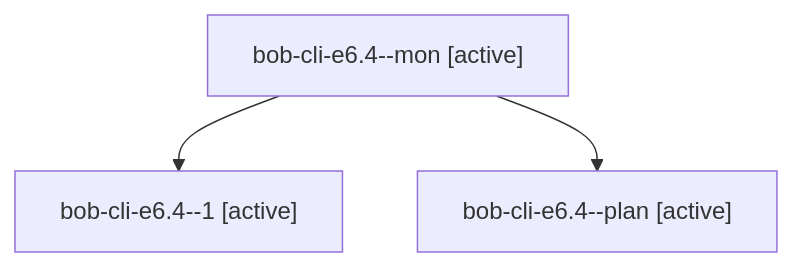
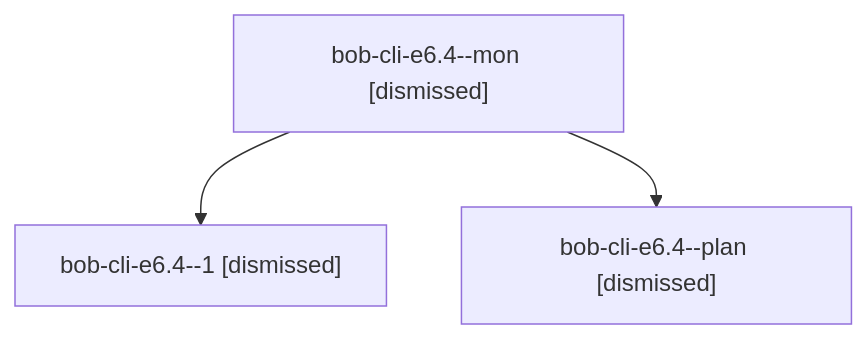
The diagram in sessions/bbugyi200.apollo.bob-cli-e6.4.md (bobs-org/bob-cli--agents), drawn with Mermaid before and after one commit. The commit also changed other lines of this file and 212 other files, not shown here.

````diff
--- a/sessions/bbugyi200.apollo.bob-cli-e6.4.md
+++ b/sessions/bbugyi200.apollo.bob-cli-e6.4.md
@@ -9,8 +9,8 @@
 ```mermaid
 flowchart TD
-  n0["bob-cli-e6.4--mon [active]"]
-  n1["bob-cli-e6.4--1 [active]"]
+  n0["bob-cli-e6.4--mon [dismissed]"]
+  n1["bob-cli-e6.4--1 [dismissed]"]
   n0 --> n1
-  n2["bob-cli-e6.4--plan [active]"]
+  n2["bob-cli-e6.4--plan [dismissed]"]
   n0 --> n2
 ```
````
